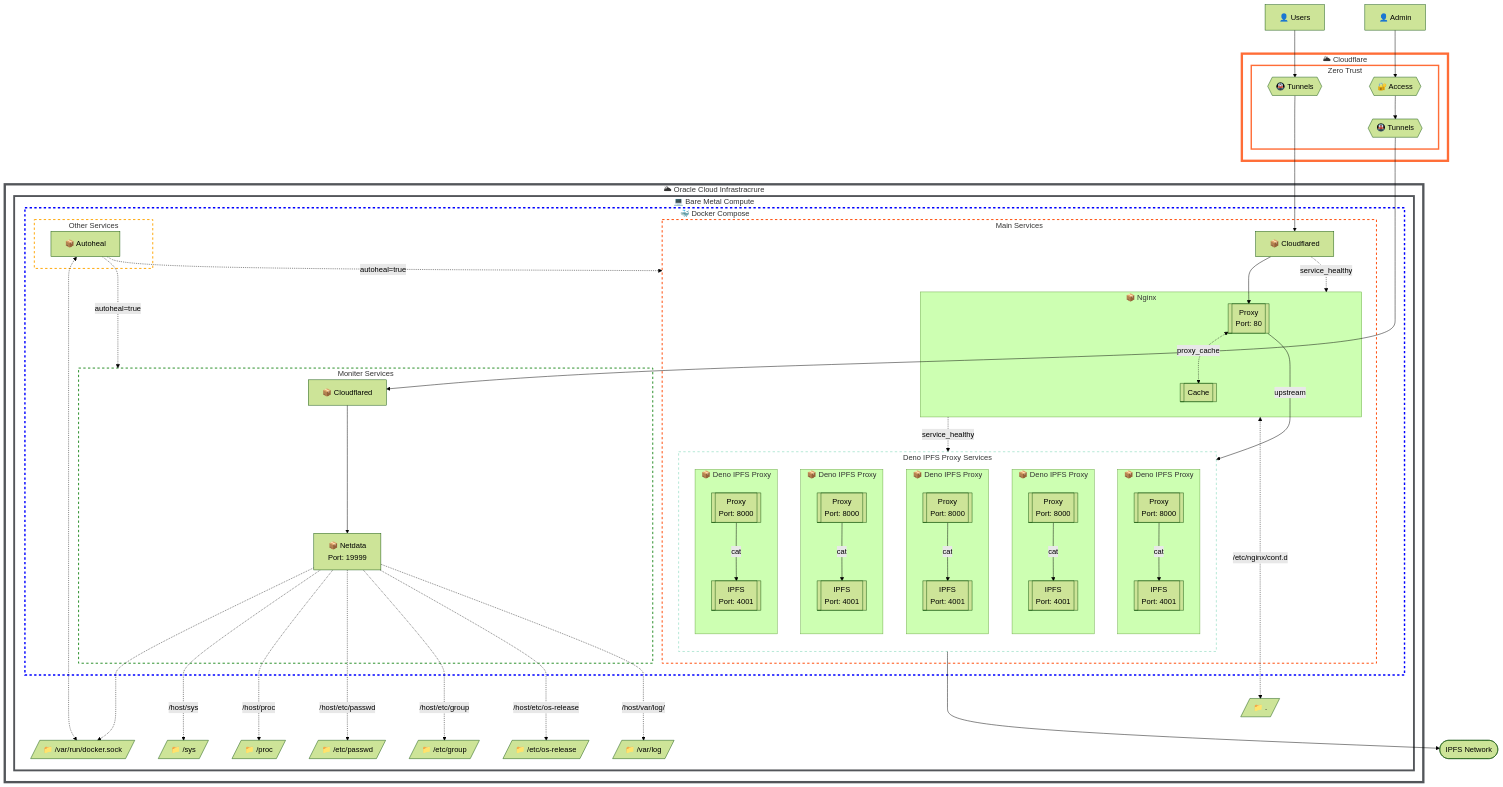
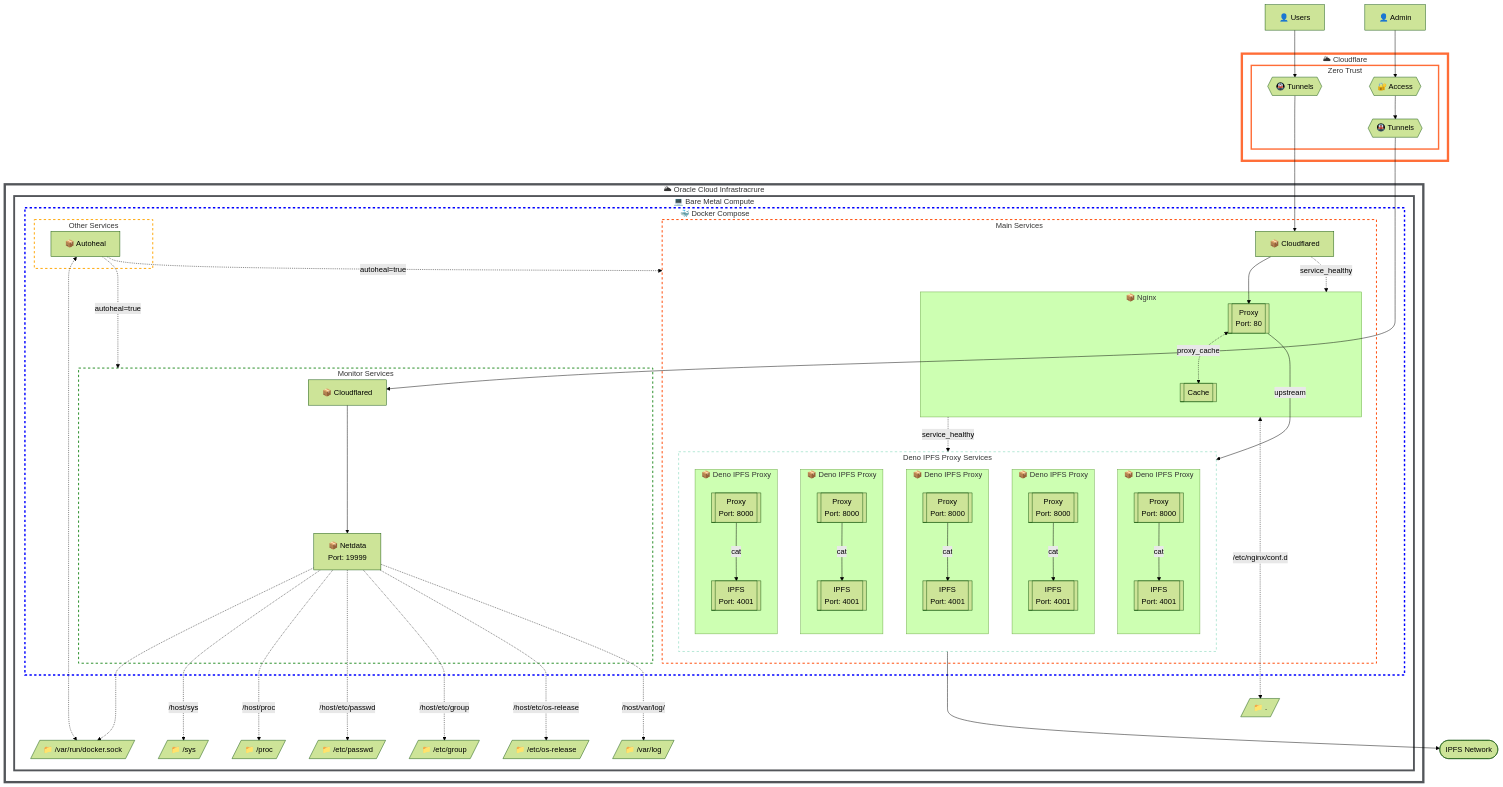
The first of 2 diagrams in README.md (redpeacock78/deno-ipfs-gateway), drawn with Mermaid (forest theme) before and after one commit. The commit also changed other lines of this file, not shown here.

````diff
--- a/README.md
+++ b/README.md
@@ -61,81 +61,81 @@
 ```mermaid
 %% { init: { 'flowchart': { 'curve': 'liner' } } }%%
 flowchart TD
 subgraph CloudflareGroup["🌥 Cloudflare"]
   subgraph ZeroTrustGroup["Zero Trust"]
     TU1{{"🚇 Tunnels"}}
     AC1{{"🔐 Access"}}
     TU2{{"🚇 Tunnels"}}
   end
 end
 
 subgraph OCIGroup["🌥 Oracle Cloud Infrastracrure"]
   subgraph OCICompute["💻 Bare Metal Compute"]
     subgraph DockerGroup["🐳 Docker Compose"]
       subgraph MainServiceGroup["Main Services"]
         subgraph Nginx["📦 Nginx"]
           NG1[["Proxy<br>Port: 80"]] <-.-> |proxy_cache| NG2[["Cache"]]
         end
         DO1["📦 Cloudflared"] --> NG1
         DO1 -.-> |service_healthy| Nginx
         subgraph DenoIPFSProxyGroup["Deno IPFS Proxy Services"]
           direction TB
           subgraph DenoIPFSProxy01["📦 Deno IPFS Proxy"]
             direction TB
             DI011[["Proxy<br>Port: 8000"]] --> |cat| DI012[["IPFS<br>Port: 4001"]]
           end
           subgraph DenoIPFSProxy02["📦 Deno IPFS Proxy"]
             direction TB
             DI021[["Proxy<br>Port: 8000"]] --> |cat| DI022[["IPFS<br>Port: 4001"]]
           end
           subgraph DenoIPFSProxy03["📦 Deno IPFS Proxy"]
             direction TB
             DI031[["Proxy<br>Port: 8000"]] --> |cat| DI032[["IPFS<br>Port: 4001"]]
           end
           subgraph DenoIPFSProxy04["📦 Deno IPFS Proxy"]
             direction TB
             DI041[["Proxy<br>Port: 8000"]] --> |cat| DI042[["IPFS<br>Port: 4001"]]
           end
           subgraph DenoIPFSProxy05["📦 Deno IPFS Proxy"]
             direction TB
             DI051[["Proxy<br>Port: 8000"]] --> |cat| DI052[["IPFS<br>Port: 4001"]]
           end
         end
         NG1 --> |upstream| DenoIPFSProxyGroup
         Nginx -.-> |service_healthy| DenoIPFSProxyGroup
       end
-      subgraph MoniterGroup["Moniter Services"]
+      subgraph MonitorGroup["Monitor Services"]
         DO2["📦 Cloudflared"] --> DO3["📦 Netdata<br>Port: 19999"]
       end
       subgraph OtherGroup["Other Services"]
         DO4["📦 Autoheal"]
       end
       DO4 -..-> |autoheal=true| MainServiceGroup
-      DO4 -..-> |autoheal=true| MoniterGroup
+      DO4 -..-> |autoheal=true| MonitorGroup
     end
     Nginx <-..-> |/etc/nginx/conf.d| FS1[/"📁 ."/]
     DO4 <-..-> FS2[/"📁 /var/run/docker.sock"/]
     DO3 -..-> FS2
     DO3 -..-> |/host/sys| FS3[/"📁 /sys"/]
     DO3 -..-> |/host/proc| FS4[/"📁 /proc"/]
     DO3 -..-> |/host/etc/passwd| FS5[/"📁 /etc/passwd"/]
     DO3 -..-> |/host/etc/group| FS6[/"📁 /etc/group"/]
     DO3 -..-> |/host/etc/os-release| FS7[/"📁 /etc/os-release"/]
     DO3 -..-> |/host/var/log/| FS8[/"📁 /var/log"/]
   end
 end
 
 OU2["👤 Users"] --> TU1 ---> DO1
 OU1["👤 Admin"] --> AC1 --> TU2 --> DO2
 DenoIPFSProxyGroup ---> IPFSNetwork([IPFS Network])
 
 style CloudflareGroup fill-opacity:0,stroke:#ff6d37,stroke-width:5px
 style ZeroTrustGroup fill-opacity:0,stroke:#ff6d37,stroke-width:3px
 style OCIGroup fill-opacity:0,stroke:#53565a,stroke-width:5px
 style OCICompute fill-opacity:0,stroke:#53565a,stroke-width:4px
 style DockerGroup fill-opacity:0,stroke:#00f,stroke-dasharray:5 5,stroke-width:3px
 style MainServiceGroup fill-opacity:0,stroke:#ff4500,stroke-dasharray:5 5,stroke-width:2px
-style MoniterGroup fill-opacity:0,stroke:#228b22,stroke-dasharray:5 5,stroke-width:2px
+style MonitorGroup fill-opacity:0,stroke:#228b22,stroke-dasharray:5 5,stroke-width:2px
 style OtherGroup fill-opacity:0,stroke:#ffa500,stroke-dasharray:5 5,stroke-width:2px
 style DenoIPFSProxyGroup fill-opacity:0,stroke:#66cdaa,stroke-dasharray:5 5
 ```
````
